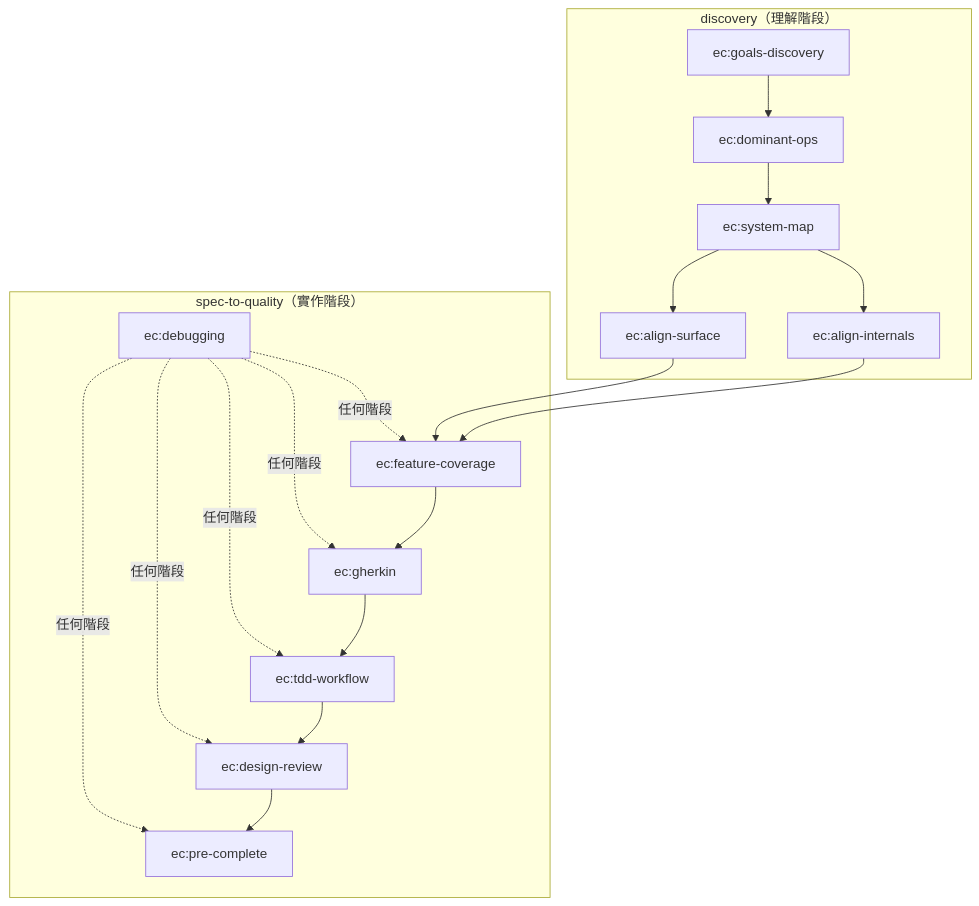
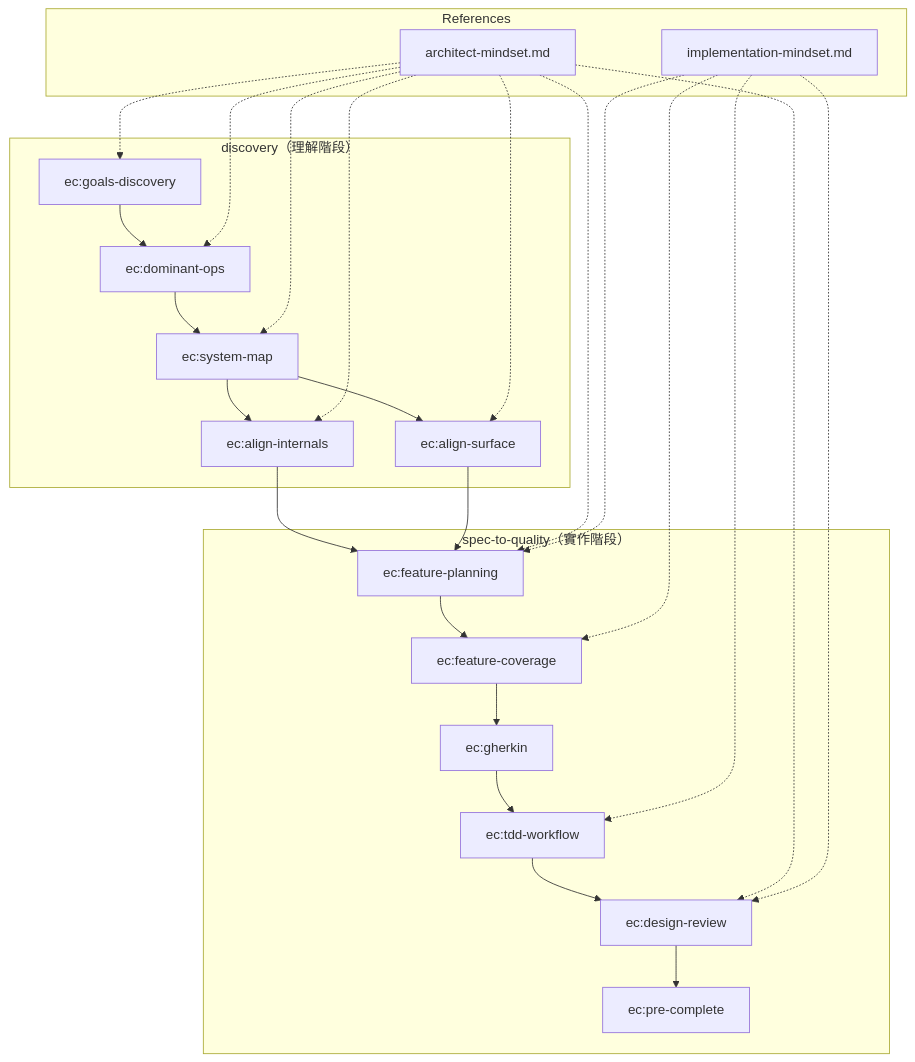
One commit to class83108/insight-to-quality changed the diagram in README.md. Above: the diagram before and after it, drawn with Mermaid. The commit also changed other lines of this file and 48 other files, not shown here.

First line of the commit message:
feat: Implement add-expense feature with comprehensive Gherkin scenarios

````diff
--- a/README.md
+++ b/README.md
@@ -29,20 +55,27 @@
 ```mermaid
 flowchart TD
+    subgraph refs[References]
+        AM[architect-mindset.md]
+        IM[implementation-mindset.md]
+    end
+
     subgraph "discovery（理解階段）"
         G[ec:goals-discovery] --> D[ec:dominant-ops]
         D --> S[ec:system-map]
         S --> AI[ec:align-internals]
         S --> AS[ec:align-surface]
     end
 
+    AI & AS --> FP[ec:feature-planning]
+
     subgraph "spec-to-quality（實作階段）"
-        FC[ec:feature-coverage] --> GK[ec:gherkin]
+        FP --> FC[ec:feature-coverage]
+        FC --> GK[ec:gherkin]
         GK --> TDD[ec:tdd-workflow]
         TDD --> DR[ec:design-review]
         DR --> PC[ec:pre-complete]
-        DB[ec:debugging] -.-> |任何階段| FC & GK & TDD & DR & PC
     end
 
-    AI --> FC
-    AS --> FC
+    AM -.-> G & D & S & AI & AS & FP & DR
+    IM -.-> FP & FC & TDD & DR
 ```
````
